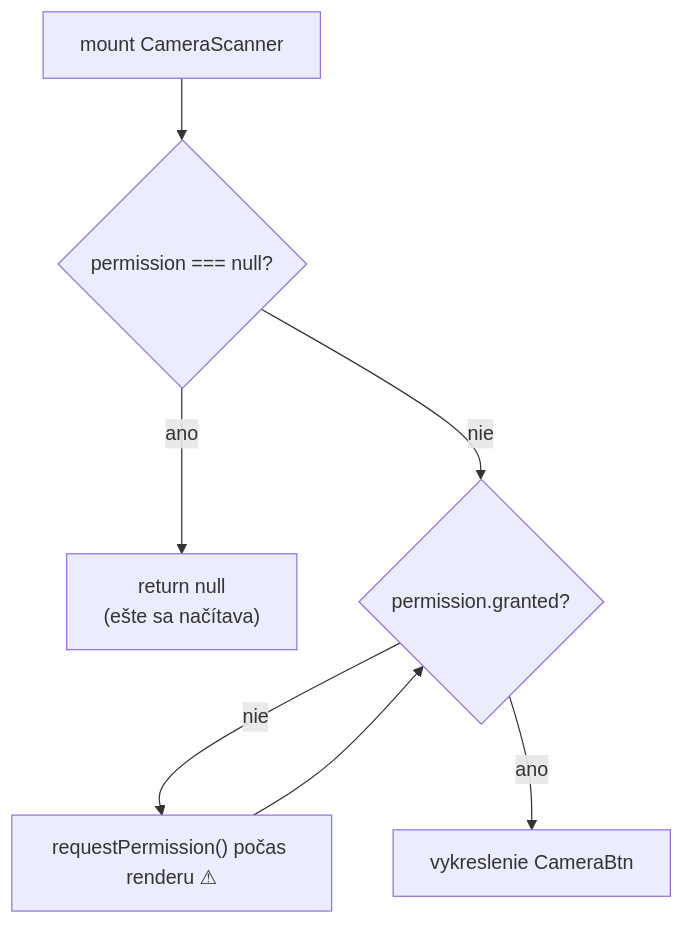
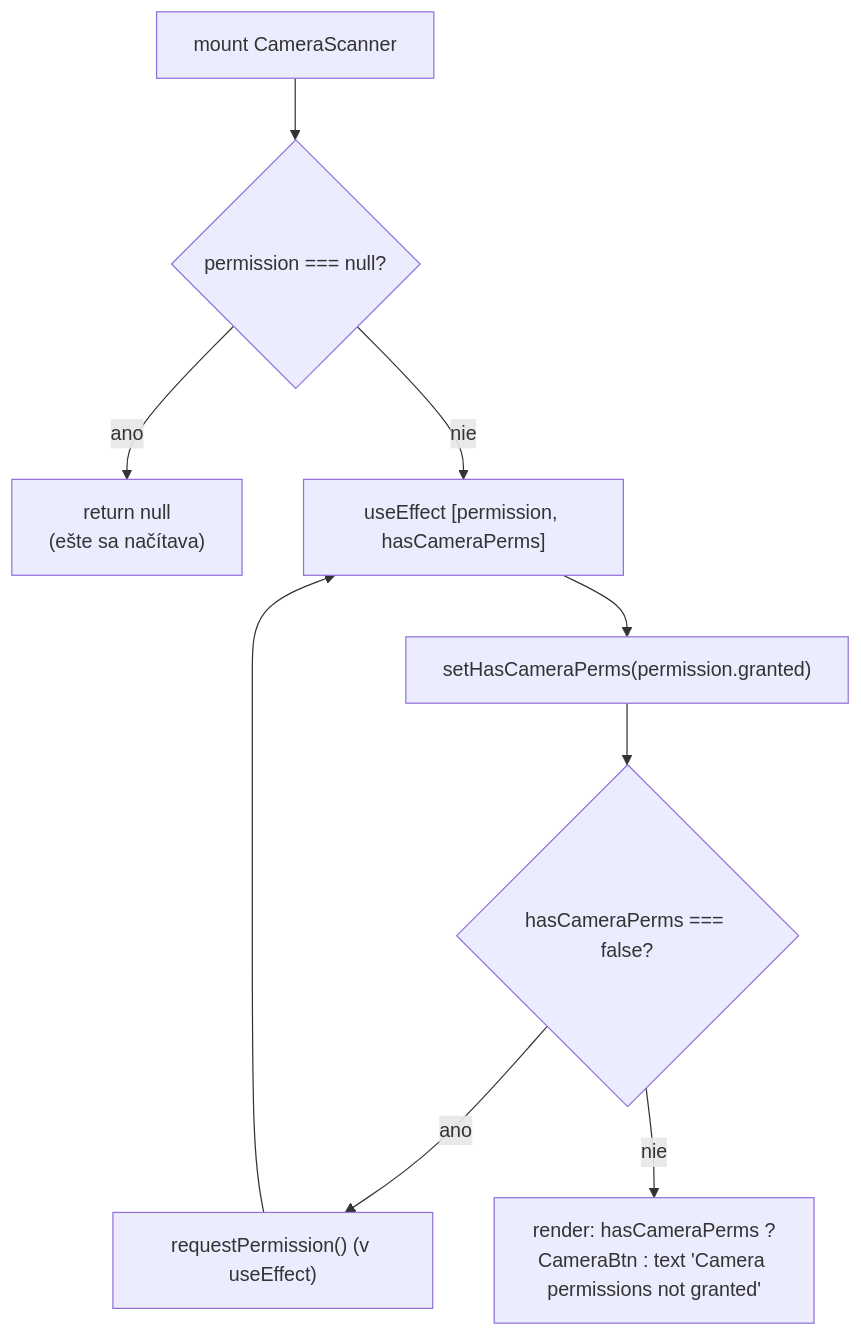
One commit to GS1SlovakiaOrg/expo-gs1-s-e-example changed the eighth of 8 diagrams in docs/03-datovy-tok-a-zivotny-cyklus.md. Above: the diagram before and after it, drawn with Mermaid. The commit also changed other lines of this file and 5 other files, not shown here.

````diff
--- a/docs/03-datovy-tok-a-zivotny-cyklus.md
+++ b/docs/03-datovy-tok-a-zivotny-cyklus.md
@@ -303,9 +311,11 @@
 ```mermaid
 flowchart TD
     M["mount CameraScanner"] --> P{permission === null?}
     P -- ano --> N["return null<br/>(ešte sa načítava)"]
-    P -- nie --> G{permission.granted?}
-    G -- nie --> R["requestPermission() počas renderu ⚠"]
-    R --> G
-    G -- ano --> B["vykreslenie CameraBtn"]
+    P -- nie --> E["useEffect [permission, hasCameraPerms]"]
+    E --> S["setHasCameraPerms(permission.granted)"]
+    S --> Q{hasCameraPerms === false?}
+    Q -- ano --> R["requestPermission() (v useEffect)"]
+    R --> E
+    Q -- nie --> B["render: hasCameraPerms ?<br/>CameraBtn : text 'Camera permissions not granted'"]
 ```
````
